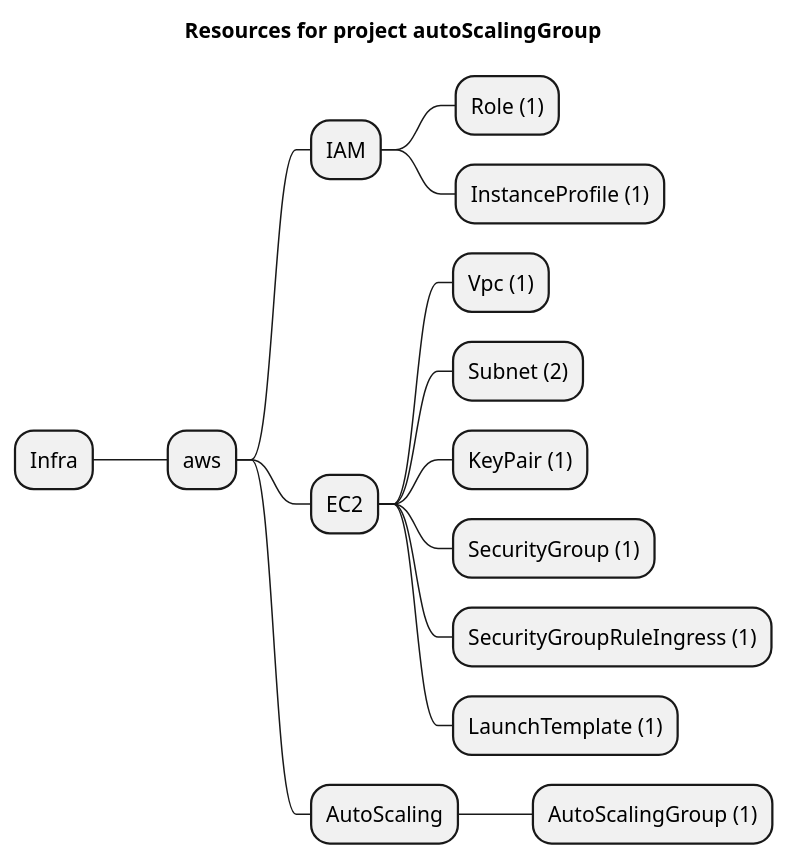
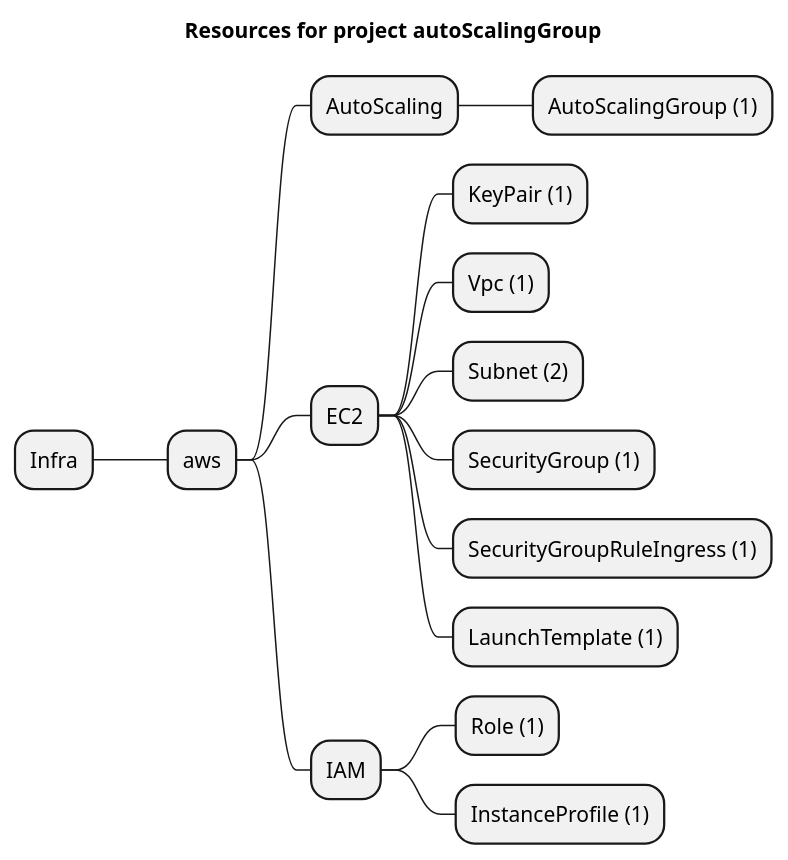
One commit to grucloud/grucloud changed the diagram in examples/aws/autoScaling/autoScalingGroup/artifacts/resources-mindmap.puml. Above: the diagram before and after it, drawn with PlantUML. The commit also changed other lines of this file and 229 other files, not shown here.

```diff
--- a/examples/aws/autoScaling/autoScalingGroup/artifacts/resources-mindmap.puml
+++ b/examples/aws/autoScaling/autoScalingGroup/artifacts/resources-mindmap.puml
@@ -1,18 +1,18 @@
 @startmindmap
 title Resources for project autoScalingGroup
 skinparam monochrome true
 + Infra
 ++ aws
++++ AutoScaling
+++++ AutoScalingGroup (1)
++++ EC2
+++++ KeyPair (1)
+++++ Vpc (1)
+++++ Subnet (2)
+++++ SecurityGroup (1)
+++++ SecurityGroupRuleIngress (1)
+++++ LaunchTemplate (1)
 +++ IAM
 ++++ Role (1)
 ++++ InstanceProfile (1)
-+++ EC2
-++++ Vpc (1)
-++++ Subnet (2)
-++++ KeyPair (1)
-++++ SecurityGroup (1)
-++++ SecurityGroupRuleIngress (1)
-++++ LaunchTemplate (1)
-+++ AutoScaling
-++++ AutoScalingGroup (1)
 @endmindmap
```
